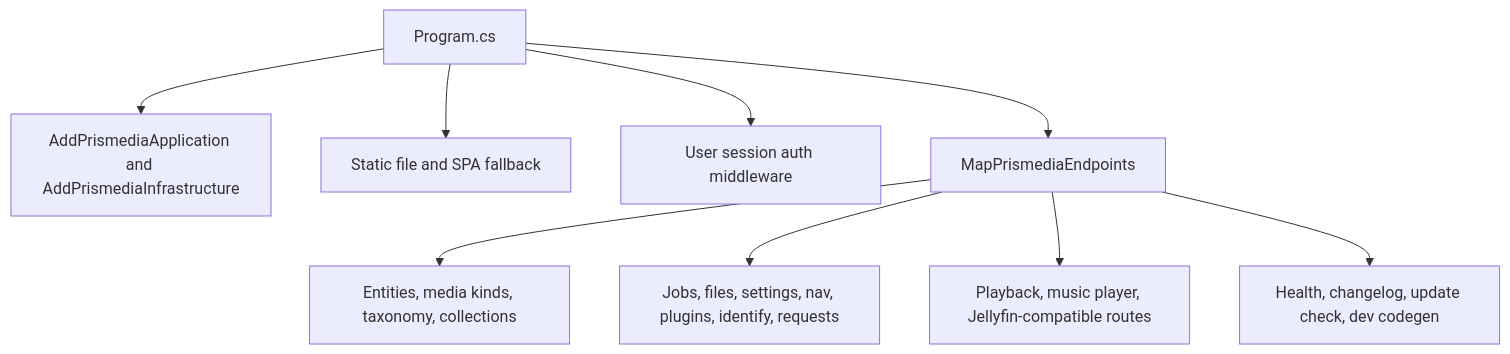
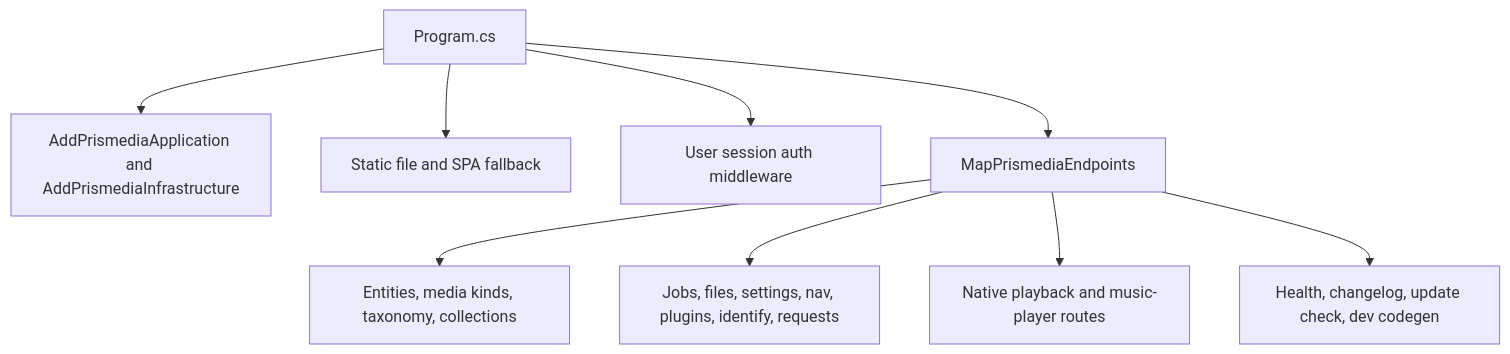
Before and after one commit to pauljoda/Prismedia: the fifth of 12 diagrams in documentation-site/docs/developers/codebase-flow.md, drawn with Mermaid. The commit also changed other lines of this file and 21 other files, not shown here.

````diff
--- a/documentation-site/docs/developers/codebase-flow.md
+++ b/documentation-site/docs/developers/codebase-flow.md
@@ -163,11 +163,11 @@
 ```mermaid
 flowchart TD
   Program["Program.cs"] --> Services["AddPrismediaApplication and AddPrismediaInfrastructure"]
   Program --> StaticHost["Static file and SPA fallback"]
   Program --> Auth["User session auth middleware"]
   Program --> Endpoints["MapPrismediaEndpoints"]
   Endpoints --> EntityRoutes["Entities, media kinds, taxonomy, collections"]
   Endpoints --> OpsRoutes["Jobs, files, settings, nav, plugins, identify, requests"]
-  Endpoints --> PlaybackRoutes["Playback, music player, Jellyfin-compatible routes"]
+  Endpoints --> PlaybackRoutes["Native playback and music-player routes"]
   Endpoints --> SystemRoutes["Health, changelog, update check, dev codegen"]
 ```
````
